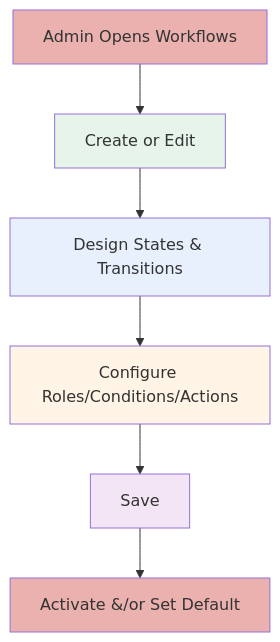
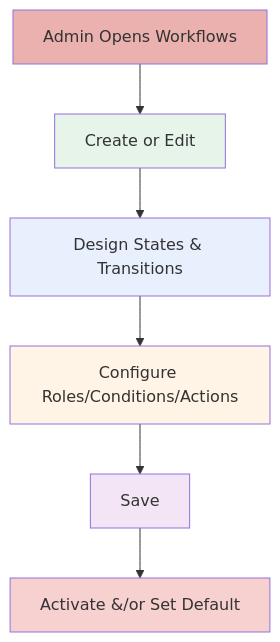
The fifth of 7 diagrams in NTG-Ticket-User Guide.md (salmanb74-dev/ntg-ticket), drawn with Mermaid before and after one commit. The commit also changed other lines of this file, not shown here.

````diff
--- a/NTG-Ticket-User Guide.md
+++ b/NTG-Ticket-User Guide.md
@@ -243,14 +243,14 @@
 ```mermaid
 flowchart TD
     A[Admin Opens Workflows] --> B[Create or Edit]
     B --> C[Design States & Transitions]
     C --> D[Configure Roles/Conditions/Actions]
     D --> E[Save]
     E --> F[Activate &/or Set Default]
     style A fill:#EAB1AE
     style B fill:#E6F4EA
     style C fill:#E8F0FE
     style D fill:#FFF4E5
     style E fill:#F3E5F5
-    style F fill:#EAB1AE
+    style F fill:#F6D1CF
 ```
````
